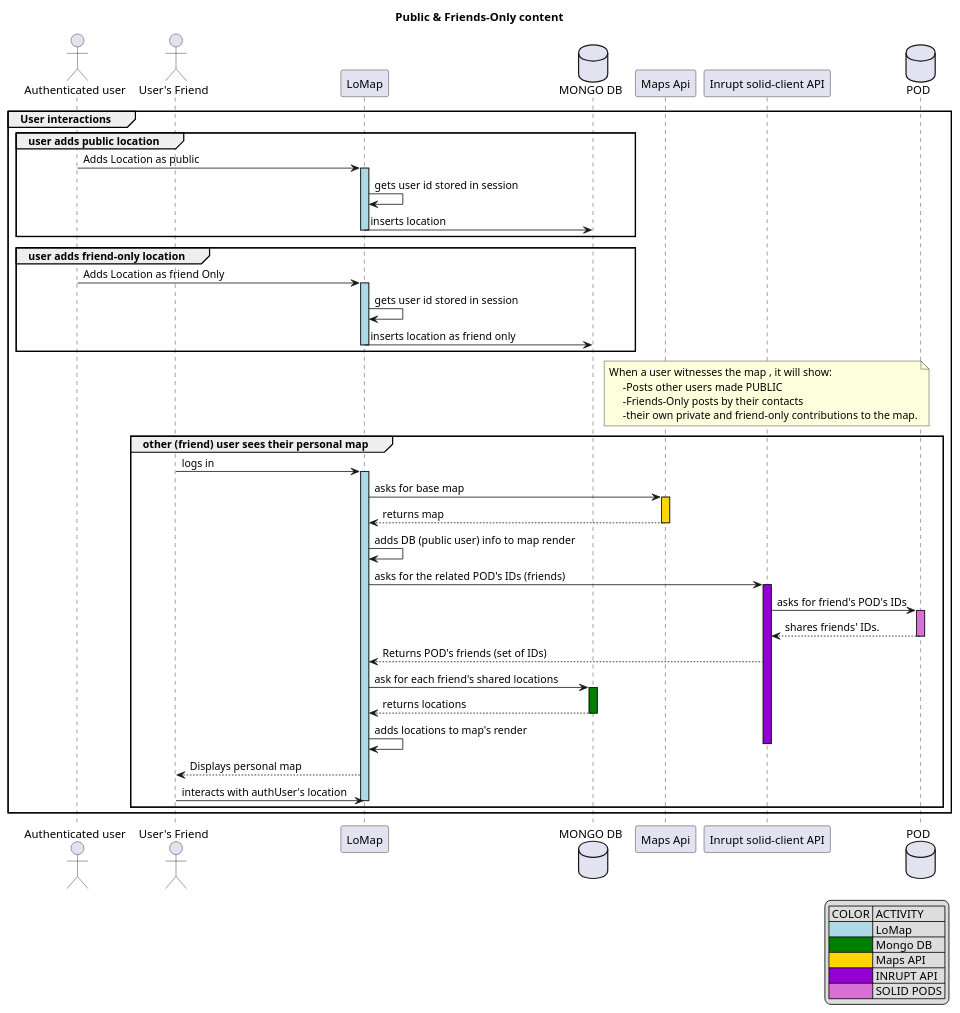
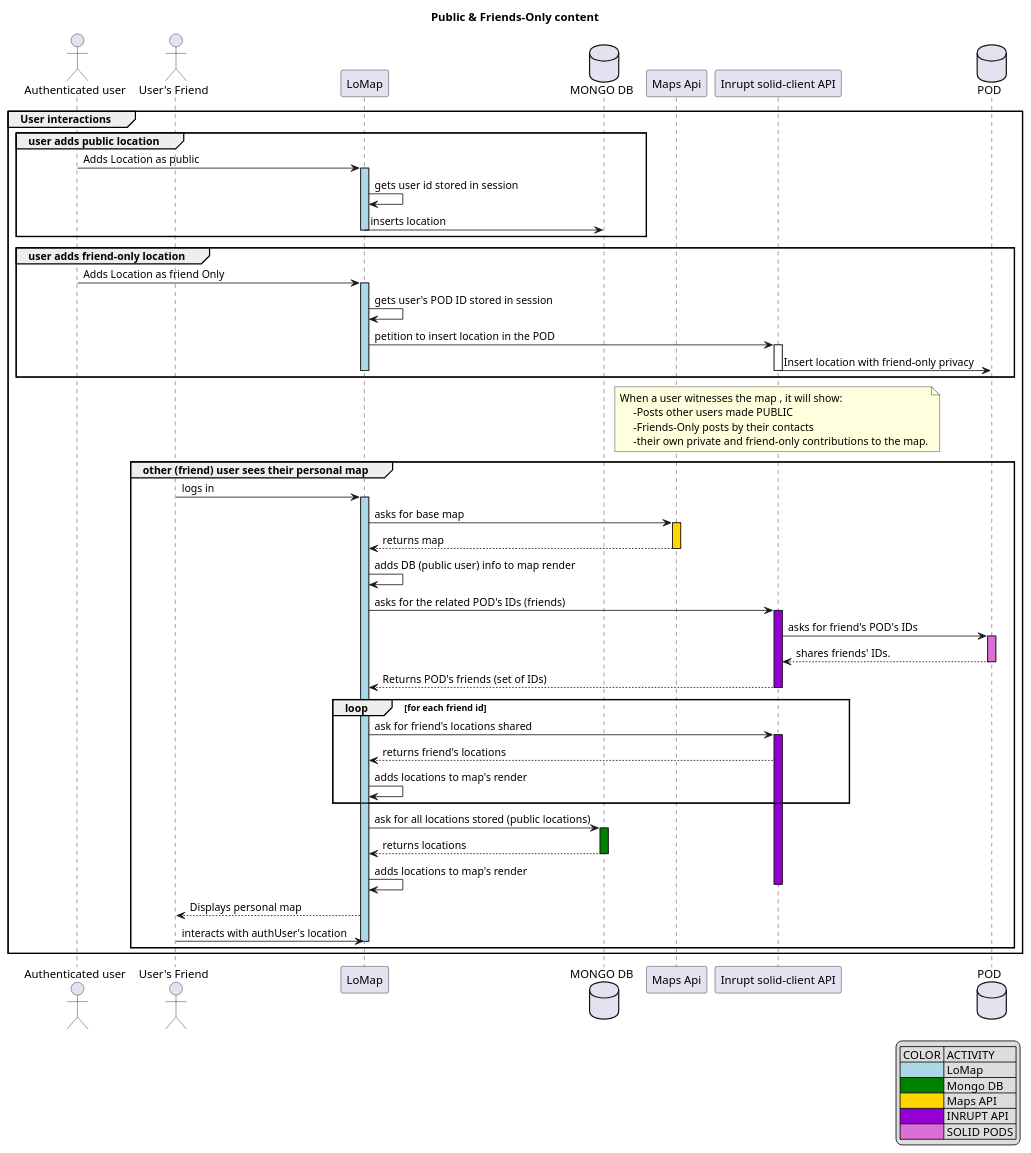
One commit to Arquisoft/lomap_en3b changed the third of 3 diagrams in docs/06_runtime_view.adoc. Above: the diagram before and after it, drawn with PlantUML. The commit also changed 5 other files, not shown here.

Commit message:
changes in privacy levels diagram

```diff
--- a/docs/06_runtime_view.adoc
+++ b/docs/06_runtime_view.adoc
@@ -163,7 +163,7 @@
 database "MONGO DB" as db
 participant "Maps Api" as maps
 participant "Inrupt solid-client API" as InruptApi
-database "POD"
+database "POD" as pod
 
 group User interactions
 group user adds public location
@@ -176,9 +176,15 @@
 group user adds friend-only location
     User-> LoMap: Adds Location as friend Only
     activate LoMap #LightBlue
-    LoMap-> LoMap : gets user id stored in session
-    LoMap ->db: inserts location as friend only
+
+    LoMap-> LoMap : gets user's POD ID stored in session
+
+    LoMap -> InruptApi: petition to insert location in the POD
+    activate InruptApi
+    InruptApi -> pod:Insert location with friend-only privacy
+    deactivate InruptApi
     deactivate LoMap
+
 end
 note over InruptApi
        When a user witnesses the map , it will show:
@@ -197,12 +203,20 @@
 LoMap-> LoMap : adds DB (public user) info to map render
 LoMap-> InruptApi : asks for the related POD's IDs (friends)
 activate InruptApi#darkviolet
-InruptApi-> POD : asks for friend's POD's IDs
-activate POD #orchid
-POD--> InruptApi : shares friends' IDs.
-deactivate POD
+InruptApi-> pod : asks for friend's POD's IDs
+activate pod #orchid
+pod--> InruptApi : shares friends' IDs.
+deactivate pod
 InruptApi--> LoMap:Returns POD's friends (set of IDs)
-LoMap->db:ask for each friend's shared locations
+deactivate InruptApi
+loop for each friend id
+
+    LoMap->InruptApi:ask for friend's locations shared
+    activate InruptApi#darkviolet
+    InruptApi-->LoMap: returns friend's locations
+    LoMap->LoMap: adds locations to map's render
+end loop
+LoMap->db:ask for all locations stored (public locations)
 activate db #green
 db-->LoMap: returns locations
 deactivate db
```
